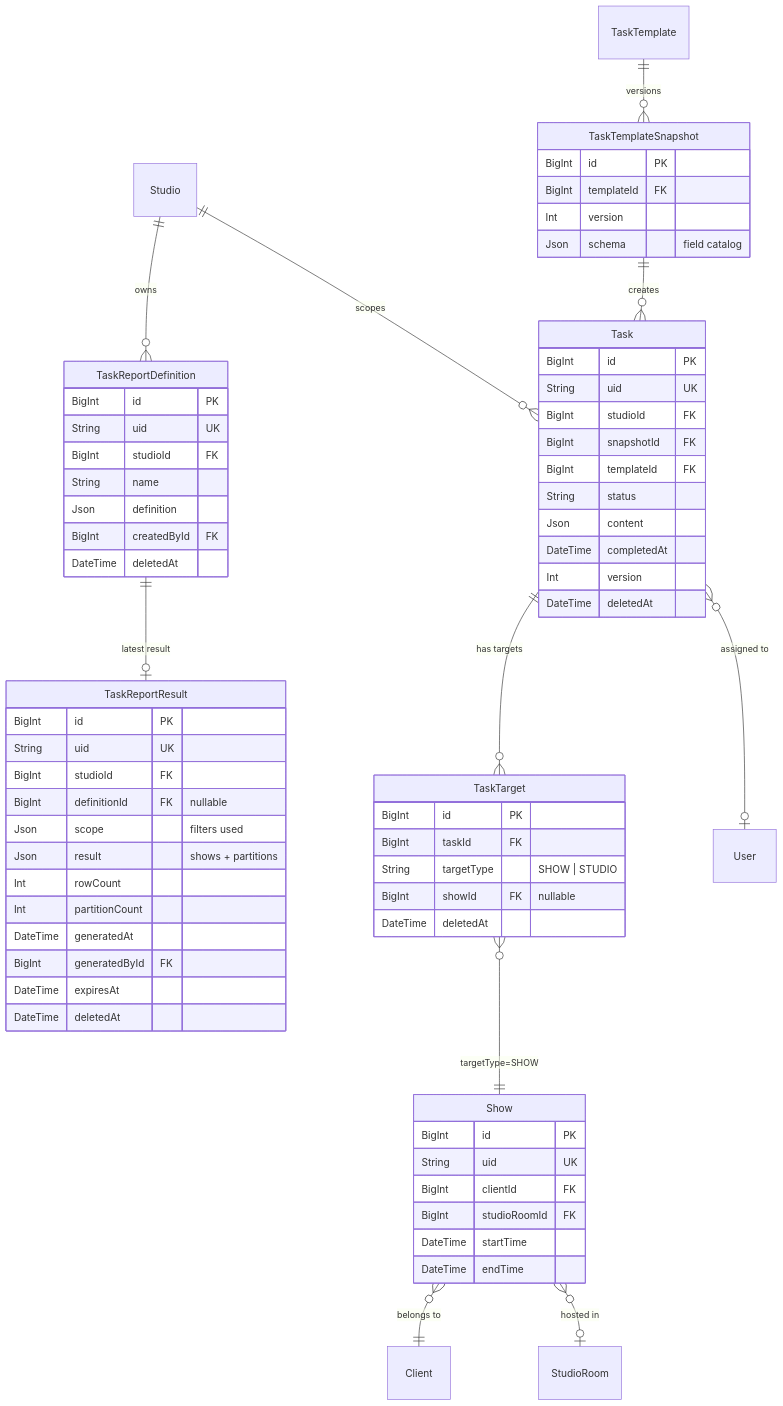
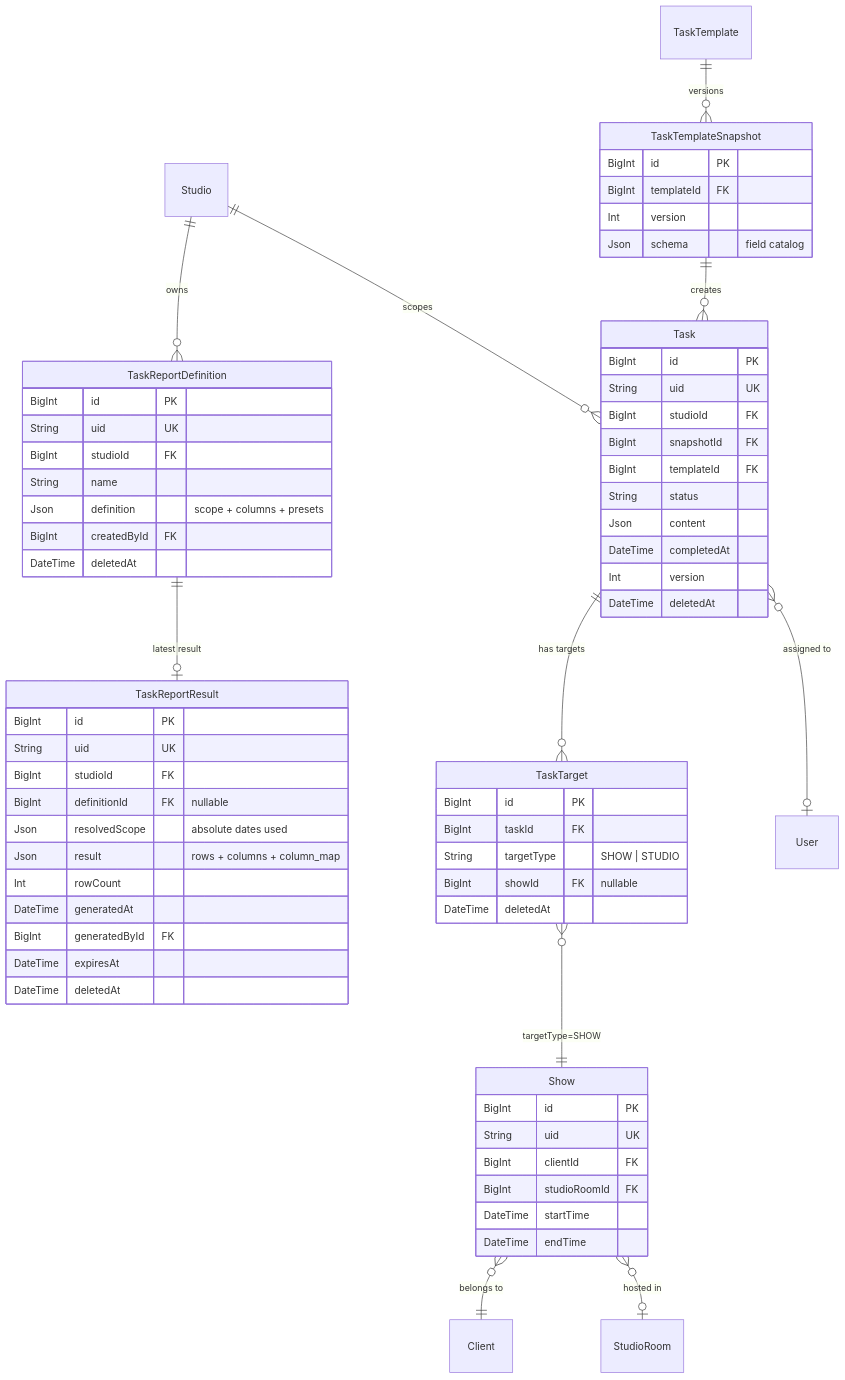
Before and after one commit to allenlin90/eridu-services: the first of 4 diagrams in apps/erify_api/docs/design/TASK_SUBMISSION_REPORTING_DESIGN.md, drawn with Mermaid. The commit also changed other lines of this file and 5 other files, not shown here.

````diff
--- a/apps/erify_api/docs/design/TASK_SUBMISSION_REPORTING_DESIGN.md
+++ b/apps/erify_api/docs/design/TASK_SUBMISSION_REPORTING_DESIGN.md
@@ -196,75 +223,74 @@
 ```mermaid
 erDiagram
     Studio ||--o{ Task : "scopes"
     Studio ||--o{ TaskReportDefinition : "owns"
     TaskReportDefinition ||--o| TaskReportResult : "latest result"
     TaskTemplate ||--o{ TaskTemplateSnapshot : "versions"
     TaskTemplateSnapshot ||--o{ Task : "creates"
     Task ||--o{ TaskTarget : "has targets"
     TaskTarget }o--|| Show : "targetType=SHOW"
     Show }o--|| Client : "belongs to"
     Show }o--o| StudioRoom : "hosted in"
     Task }o--o| User : "assigned to"
 
     Task {
         BigInt id PK
         String uid UK
         BigInt studioId FK
         BigInt snapshotId FK
         BigInt templateId FK
         String status
         Json content
         DateTime completedAt
         Int version
         DateTime deletedAt
     }
 
     TaskTarget {
         BigInt id PK
         BigInt taskId FK
         String targetType "SHOW | STUDIO"
         BigInt showId FK "nullable"
         DateTime deletedAt
     }
 
     TaskReportDefinition {
         BigInt id PK
         String uid UK
         BigInt studioId FK
         String name
-        Json definition
+        Json definition "scope + columns + presets"
         BigInt createdById FK
         DateTime deletedAt
     }
 
     TaskReportResult {
         BigInt id PK
         String uid UK
         BigInt studioId FK
         BigInt definitionId FK "nullable"
-        Json scope "filters used"
-        Json result "shows + partitions"
+        Json resolvedScope "absolute dates used"
+        Json result "rows + columns + column_map"
         Int rowCount
-        Int partitionCount
         DateTime generatedAt
         BigInt generatedById FK
         DateTime expiresAt
         DateTime deletedAt
     }
 
     TaskTemplateSnapshot {
         BigInt id PK
         BigInt templateId FK
         Int version
         Json schema "field catalog"
     }
 
     Show {
         BigInt id PK
         String uid UK
         BigInt clientId FK
         BigInt studioRoomId FK
         DateTime startTime
         DateTime endTime
     }
 ```
````
